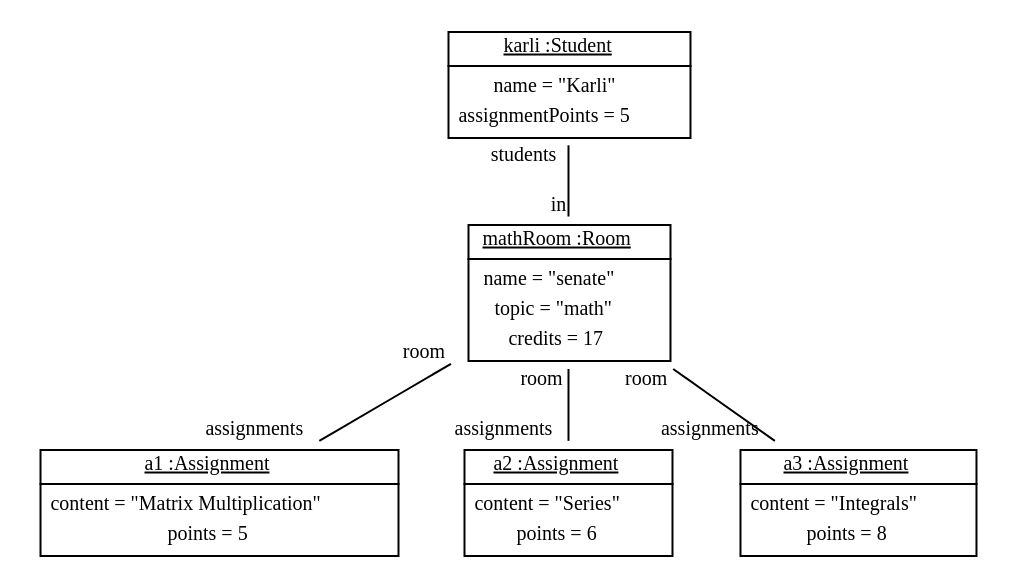
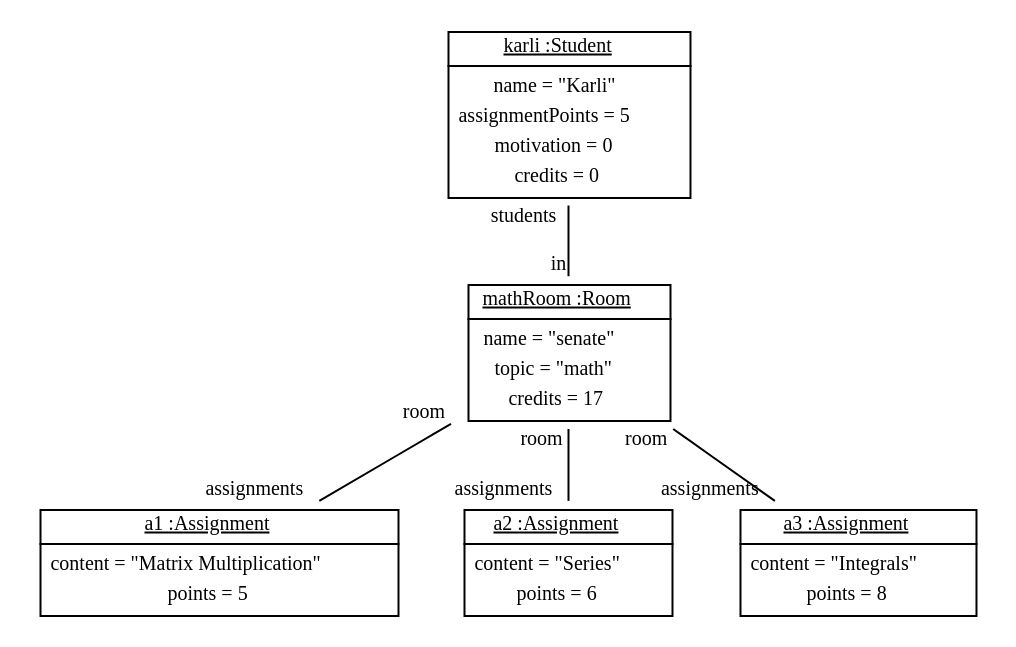
One commit to fujaba/SDMLib changed the diagram in doc/StudyRight with assignments storyboard5.dot. Above: the diagram before and after it, drawn with Graphviz. The commit also changed 13 other files, not shown here.

Commit message:
addObjectDiagram shows credits == 0 for karli, now.

```diff
--- a/doc/StudyRight with assignments storyboard5.dot
+++ b/doc/StudyRight with assignments storyboard5.dot
@@ -1,16 +1,16 @@
 graph ObjectDiagram {
    node [shape = none, fontsize = 10];
    edge [fontsize = 10];
    compound=true;
 
-karli [label=<<table border='0' cellborder='1' cellspacing='0'> <tr> <td> <u>karli :Student</u></td></tr><tr><td><table border='0' cellborder='0' cellspacing='0'><tr><td>name = "Karli"</td></tr><tr><td>assignmentPoints = 5</td></tr></table></td></tr></table>>];
+karli [label=<<table border='0' cellborder='1' cellspacing='0'> <tr> <td> <u>karli :Student</u></td></tr><tr><td><table border='0' cellborder='0' cellspacing='0'><tr><td>name = "Karli"</td></tr><tr><td>assignmentPoints = 5</td></tr><tr><td>motivation = 0</td></tr><tr><td>credits = 0</td></tr></table></td></tr></table>>];
 mathRoom [label=<<table border='0' cellborder='1' cellspacing='0'> <tr> <td> <u>mathRoom :Room</u></td></tr><tr><td><table border='0' cellborder='0' cellspacing='0'><tr><td>name = "senate"</td></tr><tr><td>topic = "math"</td></tr><tr><td>credits = 17</td></tr></table></td></tr></table>>];
 a1 [label=<<table border='0' cellborder='1' cellspacing='0'> <tr> <td> <u>a1 :Assignment</u></td></tr><tr><td><table border='0' cellborder='0' cellspacing='0'><tr><td>content = "Matrix Multiplication"</td></tr><tr><td>points = 5</td></tr></table></td></tr></table>>];
 a2 [label=<<table border='0' cellborder='1' cellspacing='0'> <tr> <td> <u>a2 :Assignment</u></td></tr><tr><td><table border='0' cellborder='0' cellspacing='0'><tr><td>content = "Series"</td></tr><tr><td>points = 6</td></tr></table></td></tr></table>>];
 a3 [label=<<table border='0' cellborder='1' cellspacing='0'> <tr> <td> <u>a3 :Assignment</u></td></tr><tr><td><table border='0' cellborder='0' cellspacing='0'><tr><td>content = "Integrals"</td></tr><tr><td>points = 8</td></tr></table></td></tr></table>>];
 
 karli -- mathRoom [headlabel = "in" taillabel = "students"];
 mathRoom -- a1 [headlabel = "assignments" taillabel = "room"];
 mathRoom -- a2 [headlabel = "assignments" taillabel = "room"];
 mathRoom -- a3 [headlabel = "assignments" taillabel = "room"];
 }
```
